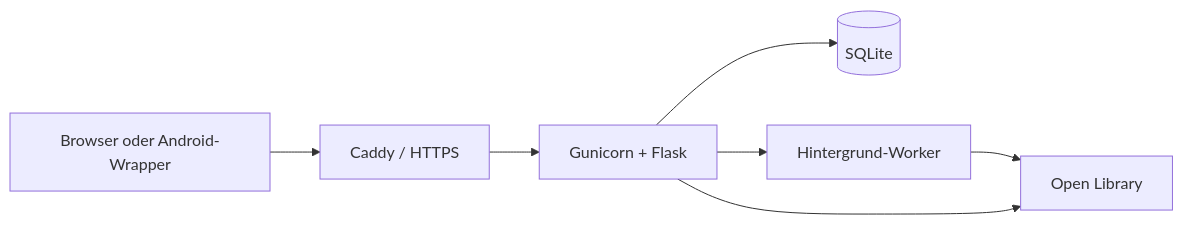
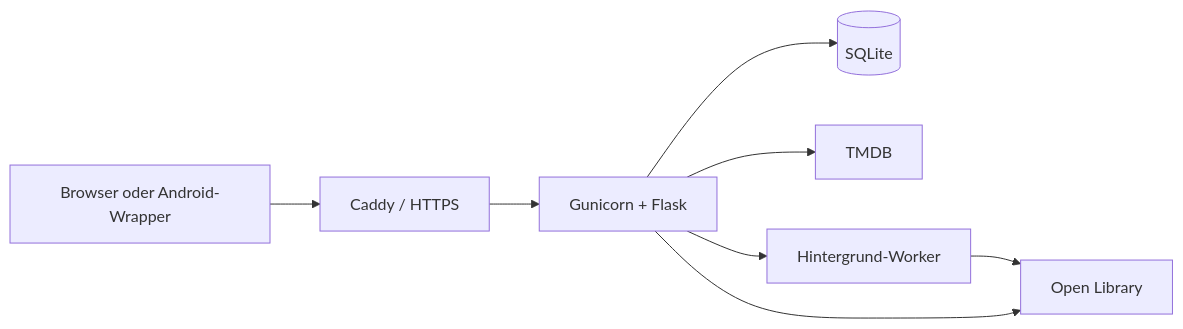
Before and after one commit to LedLed1234/Bookypedia.: the diagram in ARCHITECTURE.md, drawn with Mermaid. The commit also changed other lines of this file and 29 other files, not shown here.

````diff
--- a/ARCHITECTURE.md
+++ b/ARCHITECTURE.md
@@ -5,9 +5,10 @@
 ```mermaid
 flowchart LR
     Browser[Browser oder Android-Wrapper] --> Caddy[Caddy / HTTPS]
     Caddy --> Flask[Gunicorn + Flask]
     Flask --> SQLite[(SQLite)]
+    Flask --> TMDB[TMDB]
     Flask --> Worker[Hintergrund-Worker]
     Worker --> OpenLibrary[Open Library]
     Flask --> OpenLibrary
 ```
````
